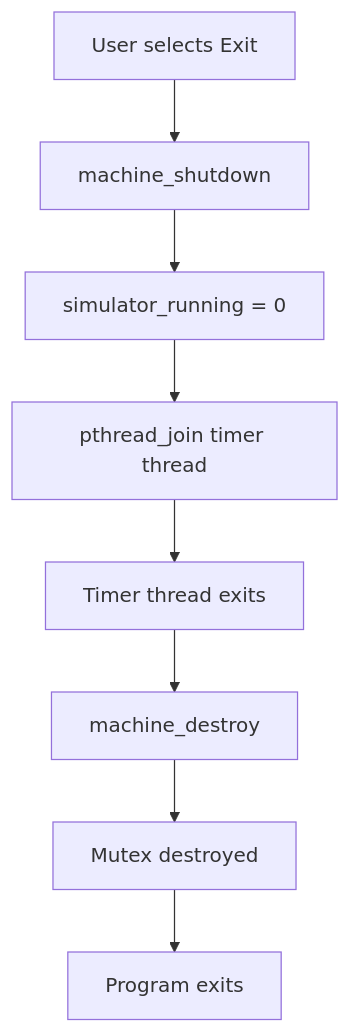
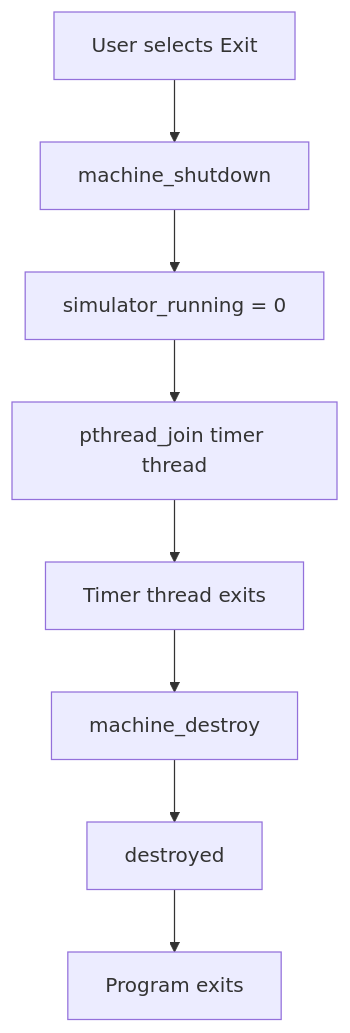
Before and after one commit to BMMADHUMITHA/weighted_rr: diagram 19 of 19 in README.md, drawn with Mermaid. The commit also changed other lines of this file, not shown here.

````diff
--- a/README.md
+++ b/README.md
@@ -655,10 +645,10 @@
 ```mermaid
 flowchart TD
     A[User selects Exit] --> B[machine_shutdown]
     B --> C[simulator_running = 0]
     C --> D[pthread_join timer thread]
     D --> E[Timer thread exits]
     E --> F[machine_destroy]
-    F --> G[Mutex destroyed]
+    F --> G[destroyed]
     G --> H[Program exits]
 ```
````
